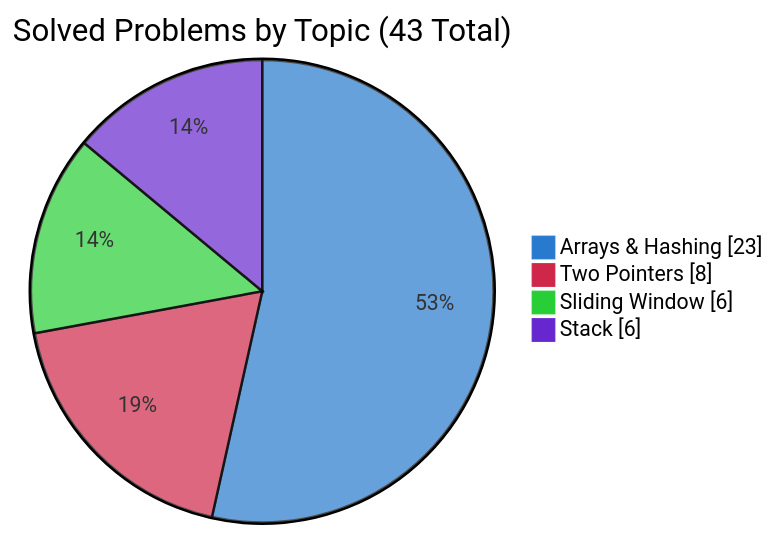
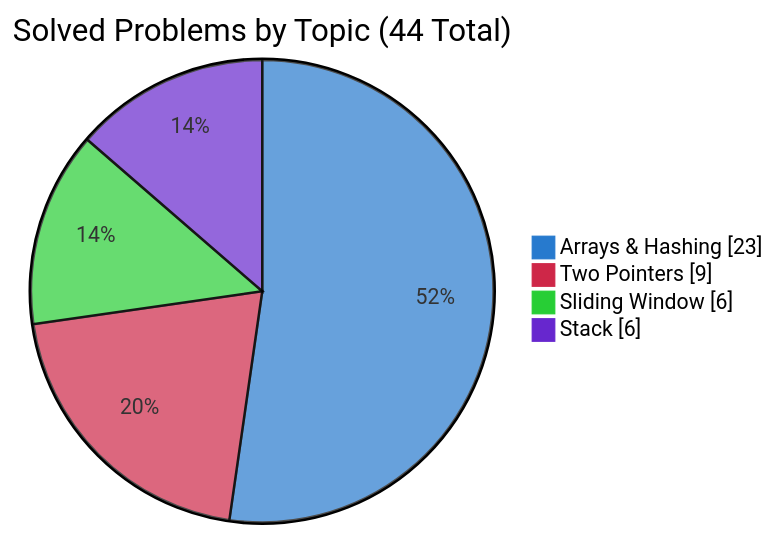
Before and after one commit to simonesiega/leetcode-solutions: the first of 4 diagrams in README.md, drawn with Mermaid. The commit also changed other lines of this file and 3 other files, not shown here.

````diff
--- a/README.md
+++ b/README.md
@@ -75,9 +75,9 @@
 ```mermaid
 %%{init: {"themeVariables":{"pie1":"#277ace","pie2":"#ce2748","pie3":"#27ce35","pie4":"#6727ce"},"themeCSS":".pieCircle:nth-of-type(1){fill:#277ace!important}.legend:nth-of-type(2) rect{fill:#277ace!important;stroke:#277ace!important}.pieCircle:nth-of-type(2){fill:#ce2748!important}.legend:nth-of-type(3) rect{fill:#ce2748!important;stroke:#ce2748!important}.pieCircle:nth-of-type(3){fill:#27ce35!important}.legend:nth-of-type(4) rect{fill:#27ce35!important;stroke:#27ce35!important}.pieCircle:nth-of-type(4){fill:#6727ce!important}.legend:nth-of-type(5) rect{fill:#6727ce!important;stroke:#6727ce!important}"}}%%
 pie showData
-    title Solved Problems by Topic (43 Total)
+    title Solved Problems by Topic (44 Total)
     "Arrays & Hashing" : 23
-    "Two Pointers" : 8
+    "Two Pointers" : 9
     "Sliding Window" : 6
     "Stack" : 6
 ```
````
